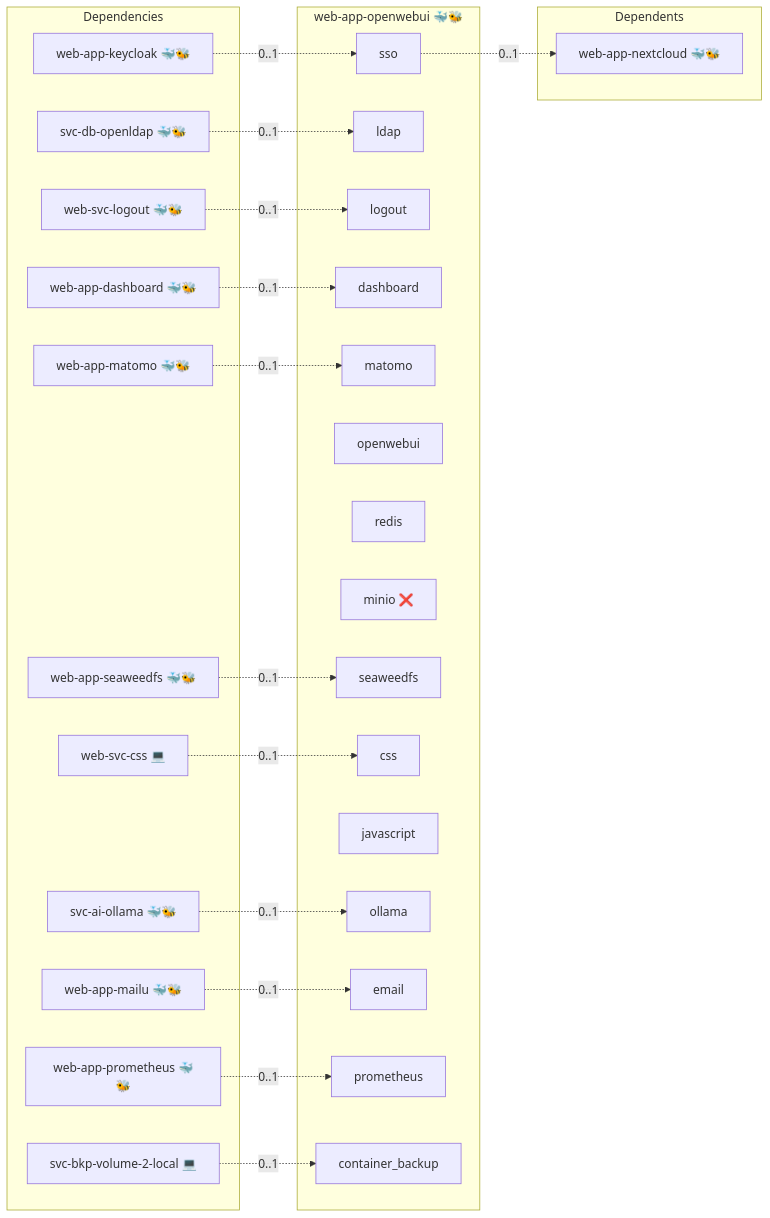
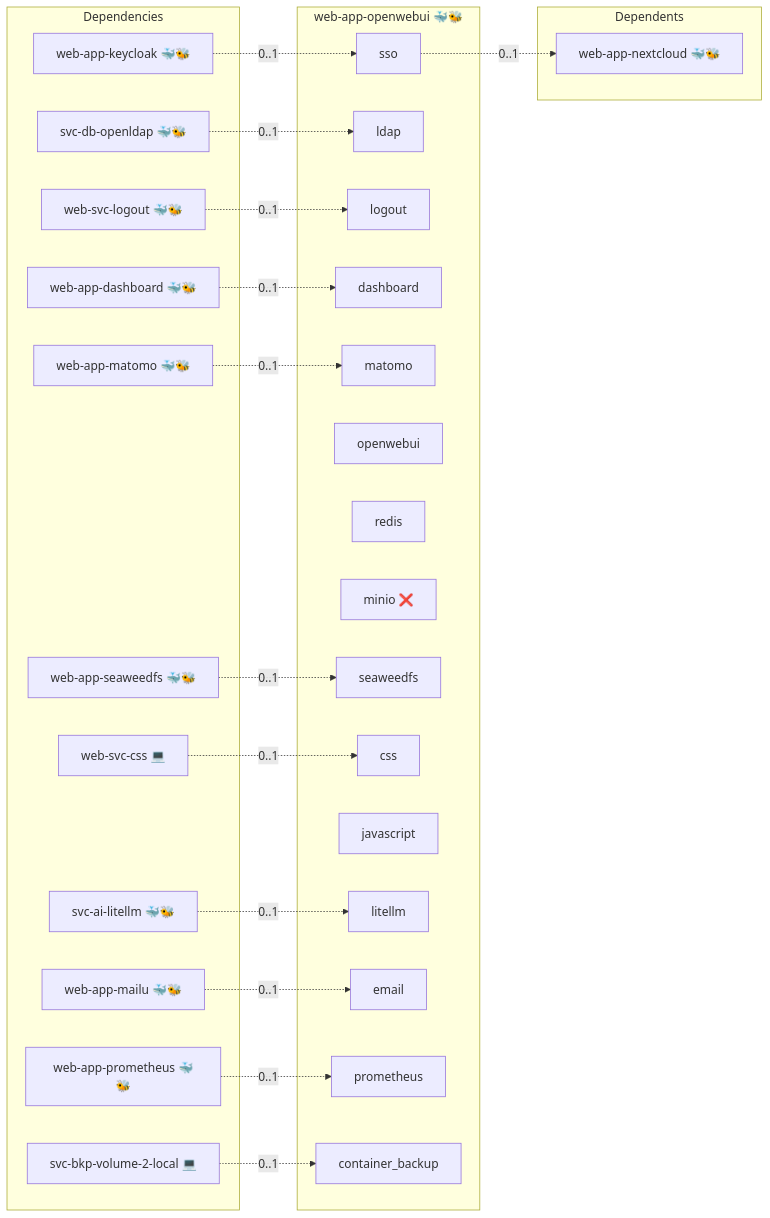
Before and after one commit to infinito-nexus/core: the diagram in roles/web-app-openwebui/README.md, drawn with Mermaid. The commit also changed 16 other files, not shown here.

````diff
--- a/roles/web-app-openwebui/README.md
+++ b/roles/web-app-openwebui/README.md
@@ -15,48 +15,48 @@
 ```mermaid
 flowchart LR
     subgraph deps [Dependencies]
-        dep_svc_ai_ollama["svc-ai-ollama 🐳🐝"]
+        dep_svc_ai_litellm["svc-ai-litellm 🐳🐝"]
         dep_svc_bkp_volume_2_local["svc-bkp-volume-2-local 💻"]
         dep_svc_db_openldap["svc-db-openldap 🐳🐝"]
         dep_web_app_dashboard["web-app-dashboard 🐳🐝"]
         dep_web_app_keycloak["web-app-keycloak 🐳🐝"]
         dep_web_app_mailu["web-app-mailu 🐳🐝"]
         dep_web_app_matomo["web-app-matomo 🐳🐝"]
         dep_web_app_prometheus["web-app-prometheus 🐳🐝"]
         dep_web_app_seaweedfs["web-app-seaweedfs 🐳🐝"]
         dep_web_svc_css["web-svc-css 💻"]
         dep_web_svc_logout["web-svc-logout 🐳🐝"]
     end
     subgraph role [web-app-openwebui 🐳🐝]
         svc_sso["sso"]
         svc_ldap["ldap"]
         svc_logout["logout"]
         svc_dashboard["dashboard"]
         svc_matomo["matomo"]
         svc_openwebui["openwebui"]
         svc_redis["redis"]
         svc_minio["minio ❌"]
         svc_seaweedfs["seaweedfs"]
         svc_css["css"]
         svc_javascript["javascript"]
-        svc_ollama["ollama"]
+        svc_litellm["litellm"]
         svc_email["email"]
         svc_prometheus["prometheus"]
         svc_container_backup["container_backup"]
     end
     subgraph dependents [Dependents]
         dpt_web_app_nextcloud["web-app-nextcloud 🐳🐝"]
     end
-    dep_svc_ai_ollama -. "0..1" .-> svc_ollama
+    dep_svc_ai_litellm -. "0..1" .-> svc_litellm
     dep_svc_bkp_volume_2_local -. "0..1" .-> svc_container_backup
     dep_svc_db_openldap -. "0..1" .-> svc_ldap
     dep_web_app_dashboard -. "0..1" .-> svc_dashboard
     dep_web_app_keycloak -. "0..1" .-> svc_sso
     dep_web_app_mailu -. "0..1" .-> svc_email
     dep_web_app_matomo -. "0..1" .-> svc_matomo
     dep_web_app_prometheus -. "0..1" .-> svc_prometheus
     dep_web_app_seaweedfs -. "0..1" .-> svc_seaweedfs
     dep_web_svc_css -. "0..1" .-> svc_css
     dep_web_svc_logout -. "0..1" .-> svc_logout
     svc_sso -. "0..1" .-> dpt_web_app_nextcloud
 ```
````
